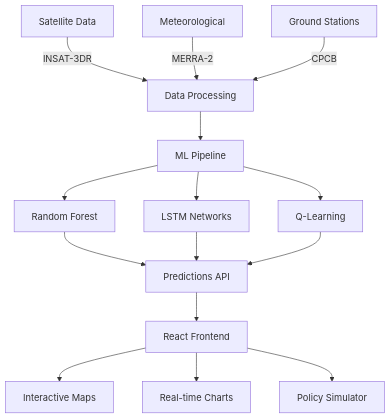
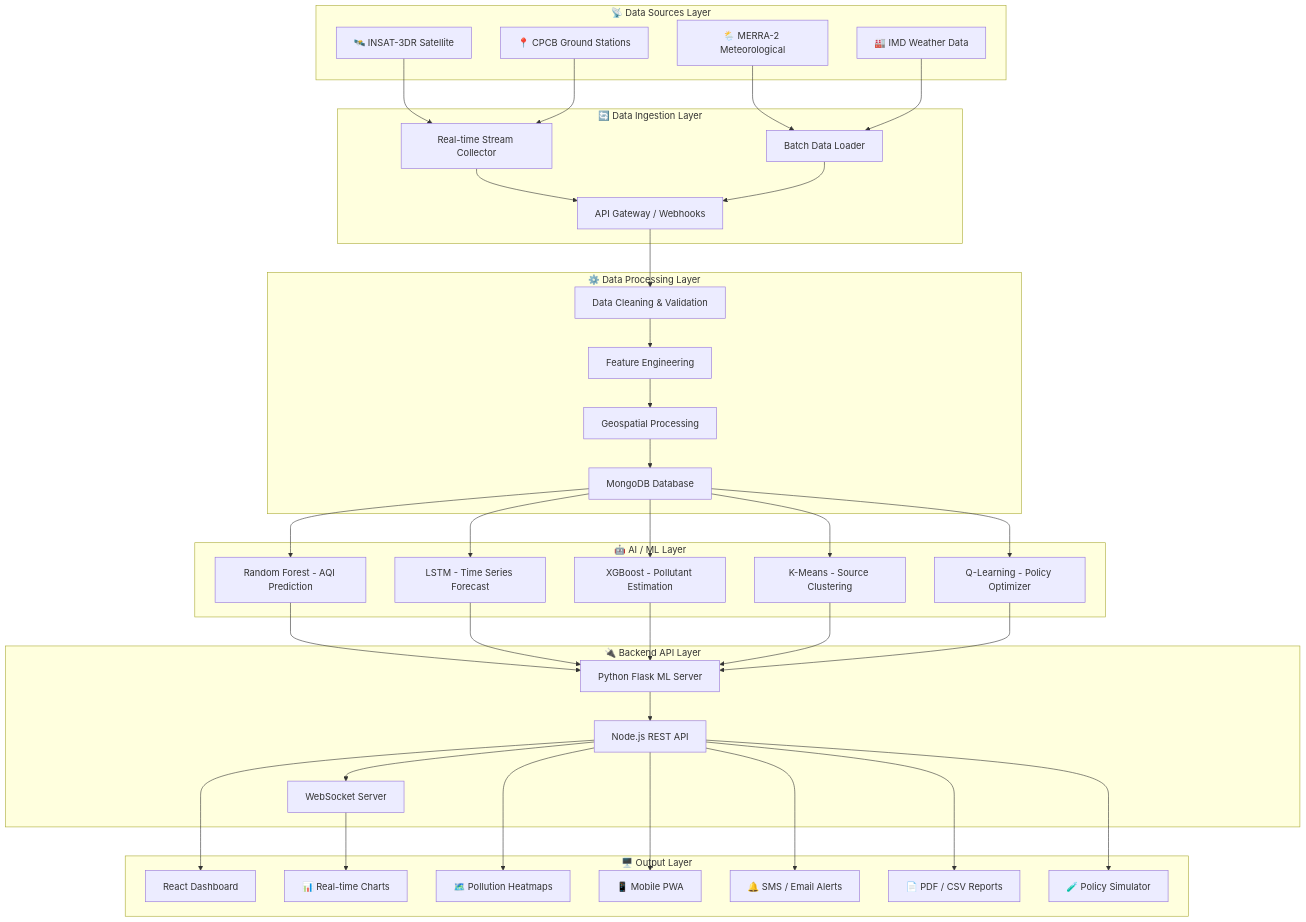
One commit to Divyanshu18-code/AI-Based-Air-Quality-Prediction-and-Pollution-Alert-System changed the diagram in README.md. Above: the diagram before and after it, drawn with Mermaid. The commit also changed other lines of this file, not shown here.

Commit message:
docs: update README - add major project note and redesign architecture flow

````diff
--- a/README.md
+++ b/README.md
@@ -49,20 +49,82 @@
 ```mermaid
 graph TD
-    A[Satellite Data] -->|INSAT-3DR| D[Data Processing]
-    B[Meteorological] -->|MERRA-2| D
-    C[Ground Stations] -->|CPCB| D
+    subgraph DS["📡 Data Sources Layer"]
+        A1[🛰️ INSAT-3DR Satellite]
+        A2[🌦️ MERRA-2 Meteorological]
+        A3[📍 CPCB Ground Stations]
+        A4[🏭 IMD Weather Data]
+    end
 
-    D --> E[ML Pipeline]
-    E --> F[Random Forest]
-    E --> G[LSTM Networks]
-    E --> H[Q-Learning]
+    subgraph IN["🔄 Data Ingestion Layer"]
+        B1[Real-time Stream Collector]
+        B2[Batch Data Loader]
+        B3[API Gateway / Webhooks]
+    end
 
-    F --> I[Predictions API]
-    G --> I
-    H --> I
+    subgraph PR["⚙️ Data Processing Layer"]
+        C1[Data Cleaning & Validation]
+        C2[Feature Engineering]
+        C3[Geospatial Processing]
+        C4[MongoDB Database]
+    end
 
-    I --> J[React Frontend]
-    J --> K[Interactive Maps]
-    J --> L[Real-time Charts]
-    J --> M[Policy Simulator]
+    subgraph ML["🤖 AI / ML Layer"]
+        D1[Random Forest - AQI Prediction]
+        D2[LSTM - Time Series Forecast]
+        D3[XGBoost - Pollutant Estimation]
+        D4[K-Means - Source Clustering]
+        D5[Q-Learning - Policy Optimizer]
+    end
+
+    subgraph API["🔌 Backend API Layer"]
+        E1[Node.js REST API]
+        E2[Python Flask ML Server]
+        E3[WebSocket Server]
+    end
+
+    subgraph OUT["🖥️ Output Layer"]
+        F1[React Dashboard]
+        F2[📊 Real-time Charts]
+        F3[🗺️ Pollution Heatmaps]
+        F4[📱 Mobile PWA]
+        F5[🔔 SMS / Email Alerts]
+        F6[📄 PDF / CSV Reports]
+        F7[🧪 Policy Simulator]
+    end
+
+    A1 --> B1
+    A2 --> B2
+    A3 --> B1
+    A4 --> B2
+
+    B1 --> B3
+    B2 --> B3
+    B3 --> C1
+
+    C1 --> C2
+    C2 --> C3
+    C3 --> C4
+
+    C4 --> D1
+    C4 --> D2
+    C4 --> D3
+    C4 --> D4
+    C4 --> D5
+
+    D1 --> E2
+    D2 --> E2
+    D3 --> E2
+    D4 --> E2
+    D5 --> E2
+
+    E2 --> E1
+    E1 --> E3
+
+    E1 --> F1
+    E3 --> F2
+    E1 --> F3
+    E1 --> F4
+    E1 --> F5
+    E1 --> F6
+    E1 --> F7
 ```
````
